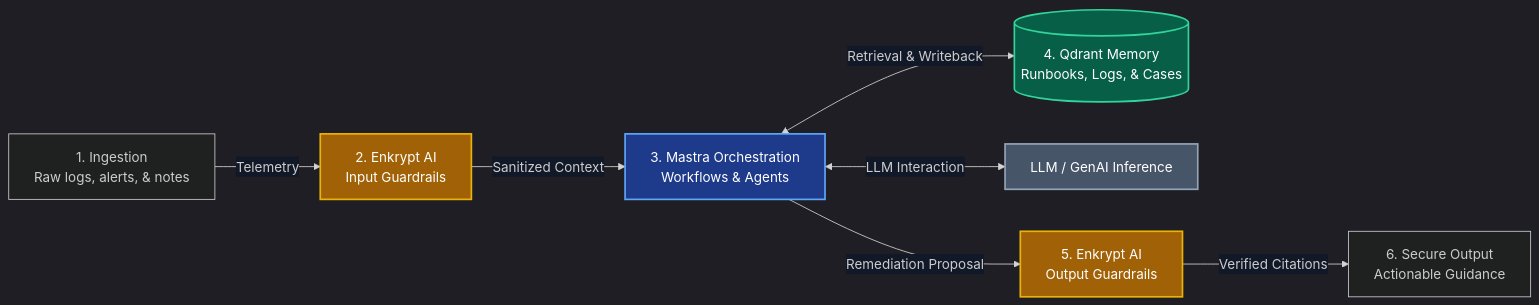
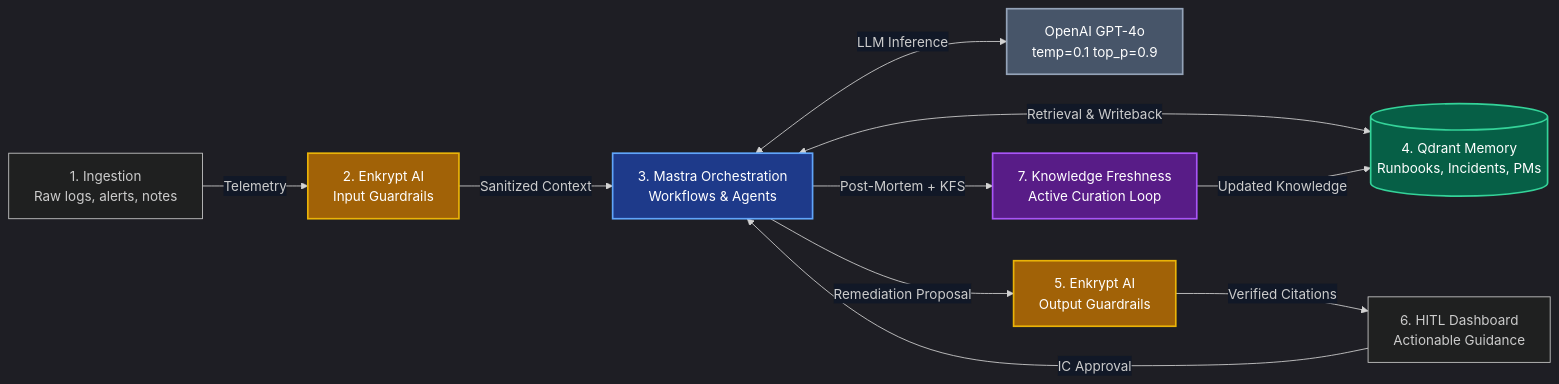
The eighth of 8 diagrams in docs/ARCHITECTURE_DIAGRAM.md (Shahsmit075/mastra-hktn), drawn with Mermaid before and after one commit. The commit also changed other lines of this file, not shown here.

````diff
--- a/docs/ARCHITECTURE_DIAGRAM.md
+++ b/docs/ARCHITECTURE_DIAGRAM.md
@@ -27,18 +554,23 @@
 ```mermaid
 %%{init: {'theme': 'dark', 'themeVariables': { 'primaryColor': '#1F2937', 'edgeLabelBackground':'#111827', 'tertiaryColor': '#111827'}}}%%
 flowchart LR
-    Ingestion[1. Ingestion<br>Raw logs, alerts, & notes] -->|Telemetry| EnkryptInput[2. Enkrypt AI<br>Input Guardrails]
+    Ingestion[1. Ingestion<br>Raw logs, alerts, notes] -->|Telemetry| EnkryptInput[2. Enkrypt AI<br>Input Guardrails]
     EnkryptInput -->|Sanitized Context| MastraOrch[3. Mastra Orchestration<br>Workflows & Agents]
-    
-    MastraOrch <-->|Retrieval & Writeback| QdrantMem[(4. Qdrant Memory<br>Runbooks, Logs, & Cases)]
-    MastraOrch <-->|LLM Interaction| LLM[LLM / GenAI Inference]
-    
+
+    MastraOrch <-->|Retrieval & Writeback| QdrantMem[(4. Qdrant Memory<br>Runbooks, Incidents, PMs)]
+    MastraOrch <-->|LLM Inference| LLM[OpenAI GPT-4o<br>temp=0.1 top_p=0.9]
+
     MastraOrch -->|Remediation Proposal| EnkryptOutput[5. Enkrypt AI<br>Output Guardrails]
-    EnkryptOutput -->|Verified Citations| SecureOutput[6. Secure Output<br>Actionable Guidance]
+    EnkryptOutput -->|Verified Citations| SecureOutput[6. HITL Dashboard<br>Actionable Guidance]
+    SecureOutput -->|IC Approval| MastraOrch
+
+    MastraOrch -->|Post-Mortem + KFS| KFSLoop[7. Knowledge Freshness<br>Active Curation Loop]
+    KFSLoop -->|Updated Knowledge| QdrantMem
 
     style EnkryptInput fill:#A16207,stroke:#EAB308,stroke-width:2px,color:#FFF
     style EnkryptOutput fill:#A16207,stroke:#EAB308,stroke-width:2px,color:#FFF
     style MastraOrch fill:#1E3A8A,stroke:#60A5FA,stroke-width:2px,color:#FFF
     style QdrantMem fill:#065F46,stroke:#34D399,stroke-width:2px,color:#FFF
     style LLM fill:#475569,stroke:#94A3B8,stroke-width:2px,color:#FFF
+    style KFSLoop fill:#581C87,stroke:#A855F7,stroke-width:2px,color:#FFF
 ```
````
